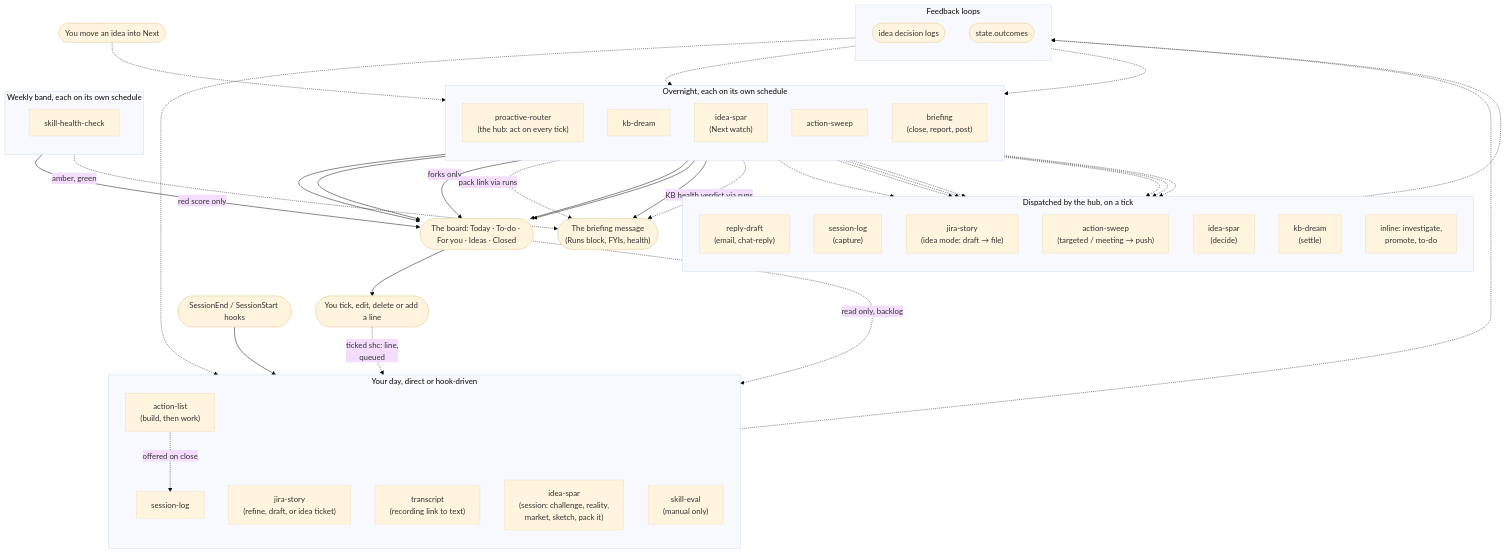
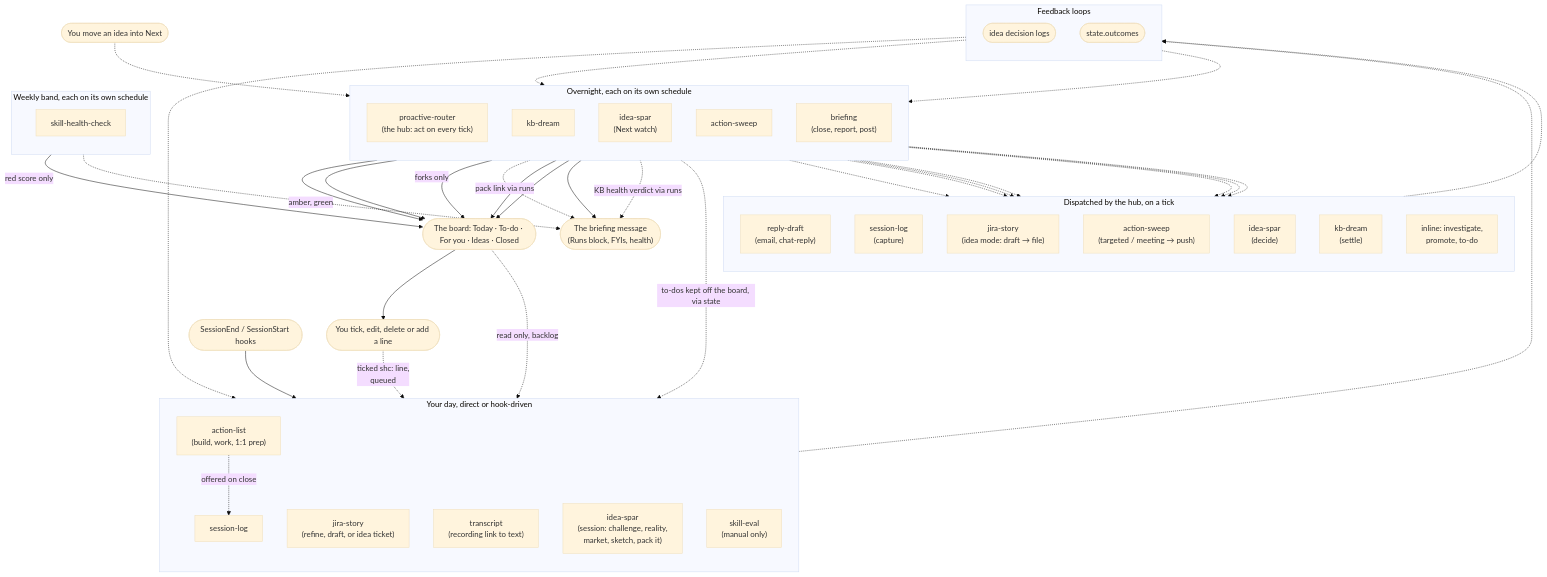
The diagram in docs/skill-flow.md (mrp901/marcketplace), drawn with Mermaid (base theme) before and after one commit. The commit also changed other lines of this file and 42 other files, not shown here.

First line of the commit message:
Decisions-only board with tick effects, version drift check, action-list I owe and 1:1 prep (1.12.0) (#31)

```diff
--- a/docs/skill-flow.md
+++ b/docs/skill-flow.md
@@ -72,7 +74,7 @@
     subgraph manual["Your day, direct or hook-driven"]
         direction TB
         sessionlog["session-log"]
-        actionlist["action-list\n(build, then work)"]
+        actionlist["action-list\n(build, work, 1:1 prep)"]
         jirastory["jira-story\n(refine, draft, or idea ticket)"]
         transcriptskill["transcript\n(recording link to text)"]
         sparsession["idea-spar\n(session: challenge, reality,\nmarket, sketch, pack it)"]
@@ -82,6 +84,7 @@
     sessionhook(["SessionEnd / SessionStart hooks"])
     sessionhook --> sessionlog
     board -.->|"read only, backlog"| actionlist
+    sweep -.->|"to-dos kept off the board, via state"| actionlist
     actionlist -.->|"offered on close"| sessionlog
     roadmap(["You move an idea into Next"])
     roadmap -.-> sparwatch
```
